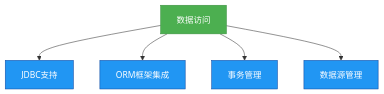
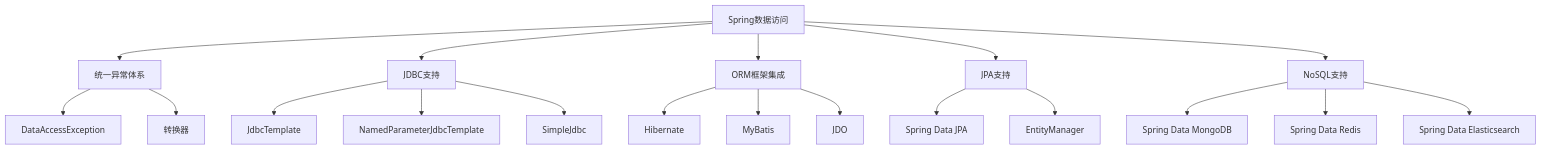
The diagram in src/frame/spring/5. Spring数据访问.md (lindaifeng/lindaifeng.github.io), drawn with Mermaid before and after one commit. The commit also changed other lines of this file and 17 other files, not shown here.

````diff
--- a/src/frame/spring/5. Spring数据访问.md
+++ b/src/frame/spring/5. Spring数据访问.md
@@ -6,13 +12,26 @@
 ```mermaid
-graph TD
-    A[数据访问] --> B[JDBC支持]
-    A --> C[ORM框架集成]
-    A --> D[事务管理]
-    A --> E[数据源管理]
-
-    classDef structure fill:#4CAF50,stroke:#388E3C,color:white;
-    classDef algorithm fill:#2196F3,stroke:#0D47A1,color:white;
-
-    class A structure;
-    class B,C,D,E algorithm;
+graph TB
+    A[Spring数据访问] --> B[统一异常体系]
+    A --> C[JDBC支持]
+    A --> D[ORM框架集成]
+    A --> E[JPA支持]
+    A --> F[NoSQL支持]
+    
+    B --> B1[DataAccessException]
+    B --> B2[转换器]
+    
+    C --> C1[JdbcTemplate]
+    C --> C2[NamedParameterJdbcTemplate]
+    C --> C3[SimpleJdbc]
+    
+    D --> D1[Hibernate]
+    D --> D2[MyBatis]
+    D --> D3[JDO]
+    
+    E --> E1[Spring Data JPA]
+    E --> E2[EntityManager]
+    
+    F --> F1[Spring Data MongoDB]
+    F --> F2[Spring Data Redis]
+    F --> F3[Spring Data Elasticsearch]
 ```
````
